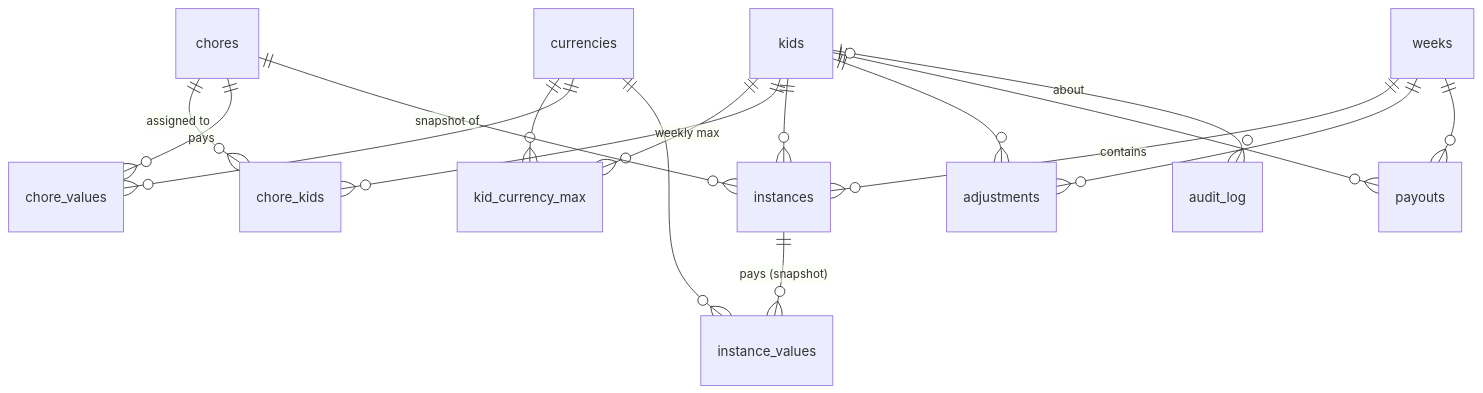
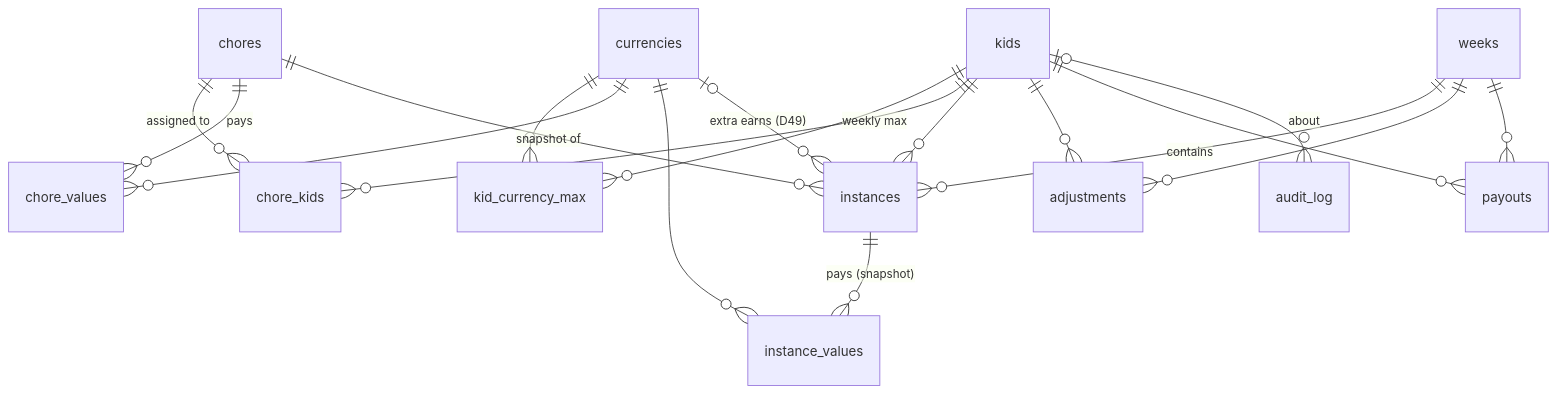
One commit to malbrigt/ha-chores-and-rewards changed the diagram in docs/database.md. Above: the diagram before and after it, drawn with Mermaid. The commit also changed other lines of this file and 25 other files, not shown here.

````diff
--- a/docs/database.md
+++ b/docs/database.md
@@ -5,19 +5,20 @@
 ```mermaid
 erDiagram
     kids ||--o{ kid_currency_max : "weekly max"
     currencies ||--o{ kid_currency_max : ""
     chores ||--o{ chore_kids : "assigned to"
     kids ||--o{ chore_kids : ""
     chores ||--o{ chore_values : "pays"
     currencies ||--o{ chore_values : ""
     weeks ||--o{ instances : "contains"
     kids ||--o{ instances : ""
     chores ||--o{ instances : "snapshot of"
     instances ||--o{ instance_values : "pays (snapshot)"
     currencies ||--o{ instance_values : ""
+    currencies |o--o{ instances : "extra earns (D49)"
     weeks ||--o{ adjustments : ""
     kids ||--o{ adjustments : ""
     weeks ||--o{ payouts : ""
     kids ||--o{ payouts : ""
     kids |o--o{ audit_log : "about"
 ```
````
